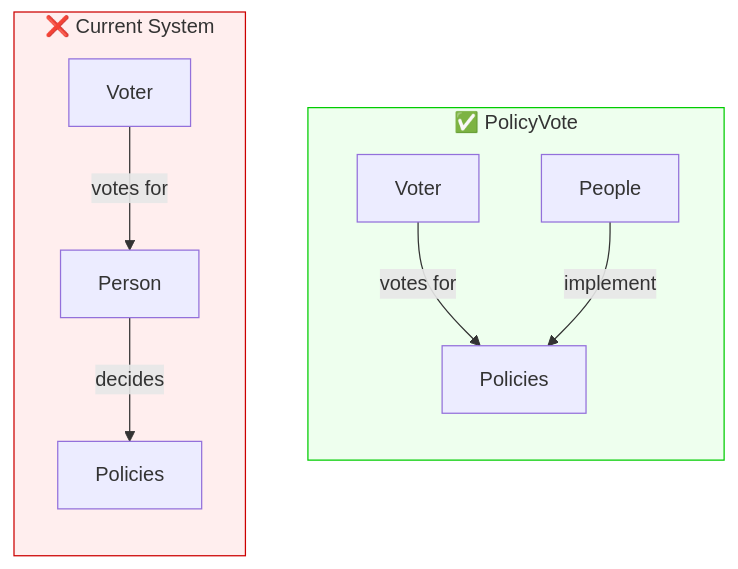
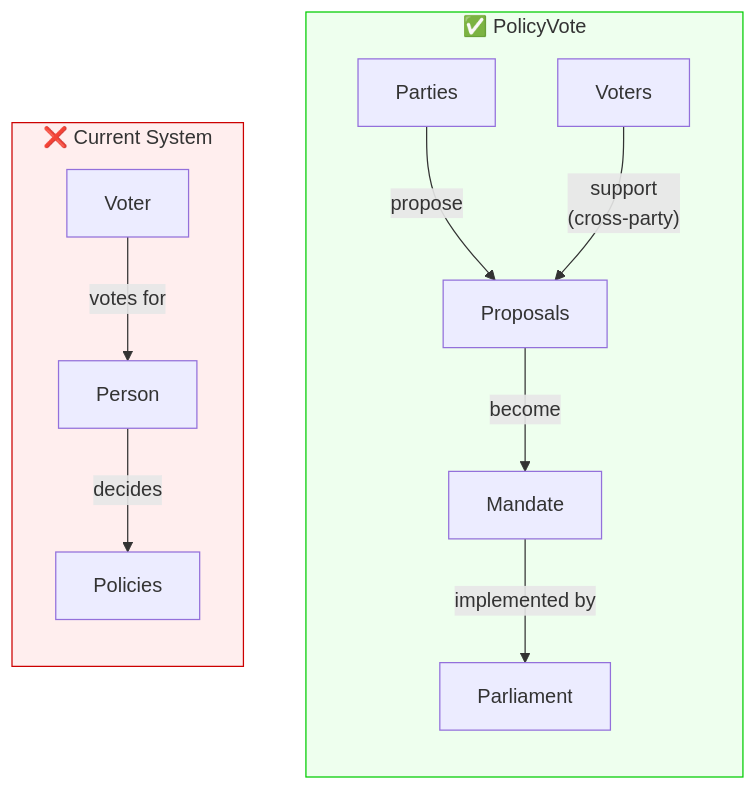
The diagram in 01_Projects/PolicyVote/Diagrams/comparison.mmd (antont/PolicyVote), drawn with Mermaid before and after one commit. The commit also changed 3 other files, not shown here.

First line of the commit message:
Enhance comparison diagram with full PolicyVote flow

```diff
--- a/01_Projects/PolicyVote/Diagrams/comparison.mmd
+++ b/01_Projects/PolicyVote/Diagrams/comparison.mmd
@@ -1,17 +1,19 @@
 flowchart LR
     subgraph current["❌ Current System"]
         direction TB
         c_voter["Voter"] -->|"votes for"| c_person["Person"]
         c_person -->|"decides"| c_policy["Policies"]
     end
 
     subgraph policyvote["✅ PolicyVote"]
         direction TB
-        p_voter["Voter"] -->|"votes for"| p_policy["Policies"]
-        p_person["People"] -->|"implement"| p_policy
+        p_parties["Parties"] -->|"propose"| p_proposals["Proposals"]
+        p_voter["Voters"] -->|"support<br/>(cross-party)"| p_proposals
+        p_proposals -->|"become"| p_mandate["Mandate"]
+        p_mandate -->|"implemented by"| p_parliament["Parliament"]
     end
 
     current ~~~ policyvote
 
     style current fill:#ffeeee,stroke:#cc0000
     style policyvote fill:#eeffee,stroke:#00cc00
```
